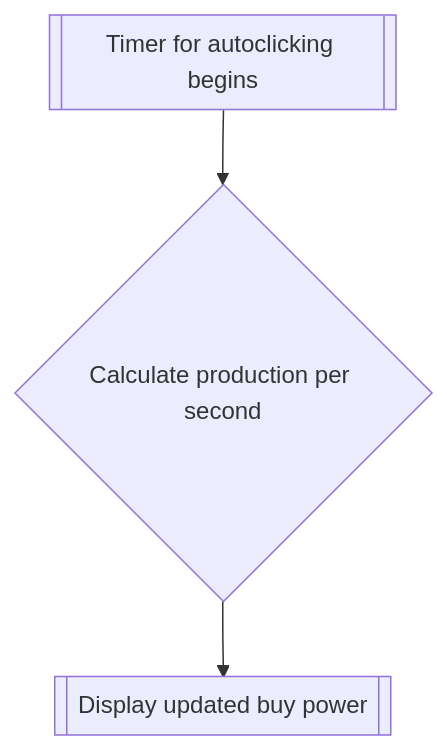
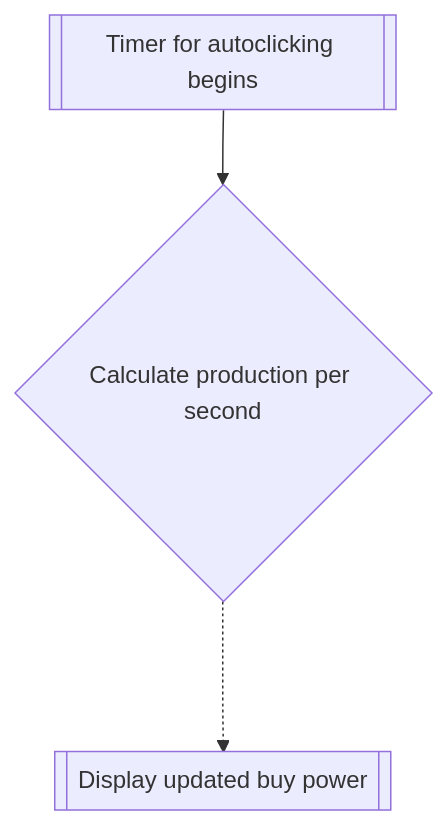
One commit to kaesotiric/money_clicker_game changed the fifth of 5 diagrams in flows.md. Above: the diagram before and after it, drawn with Mermaid. The commit also changed other lines of this file and 8 other files, not shown here.

````diff
--- a/flows.md
+++ b/flows.md
@@ -67,10 +67,10 @@
 ```mermaid
 flowchart TD
     begin[[Timer for autoclicking begins]]
     calculate{Calculate production per second}
     buyPower[[Display updated buy power ]]
 
     begin --> calculate
-    calculate --> buyPower
+    calculate -..-> buyPower
 
 ```
````
